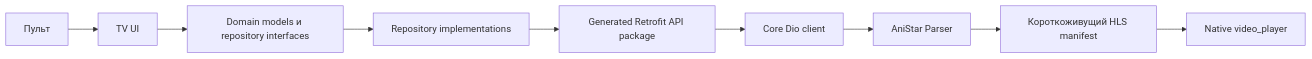
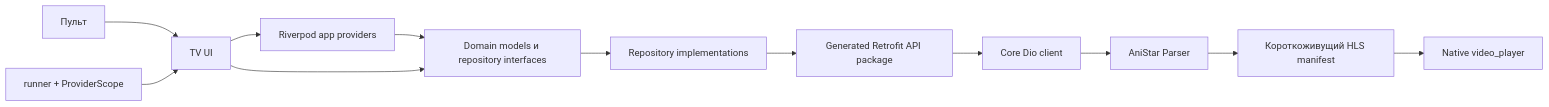
The diagram in docs/01_architecture_and_structure.md (Overman775/anistar-tv_ai-software-factory), drawn with Mermaid before and after one commit. The commit also changed other lines of this file and 40 other files, not shown here.

````diff
--- a/docs/01_architecture_and_structure.md
+++ b/docs/01_architecture_and_structure.md
@@ -17,11 +17,14 @@
 ```mermaid
 flowchart LR
   Remote["Пульт"] --> UI["TV UI"]
+  Runner["runner + ProviderScope"] --> UI
+  UI --> DI["Riverpod app providers"]
+  DI --> Domain
   UI --> Domain["Domain models и repository interfaces"]
   Domain --> Data["Repository implementations"]
   Data --> Client["Generated Retrofit API package"]
   Client --> Network["Core Dio client"]
   Network --> Parser["AniStar Parser"]
   Parser --> Manifest["Короткоживущий HLS manifest"]
   Manifest --> Player["Native video_player"]
 ```
````
